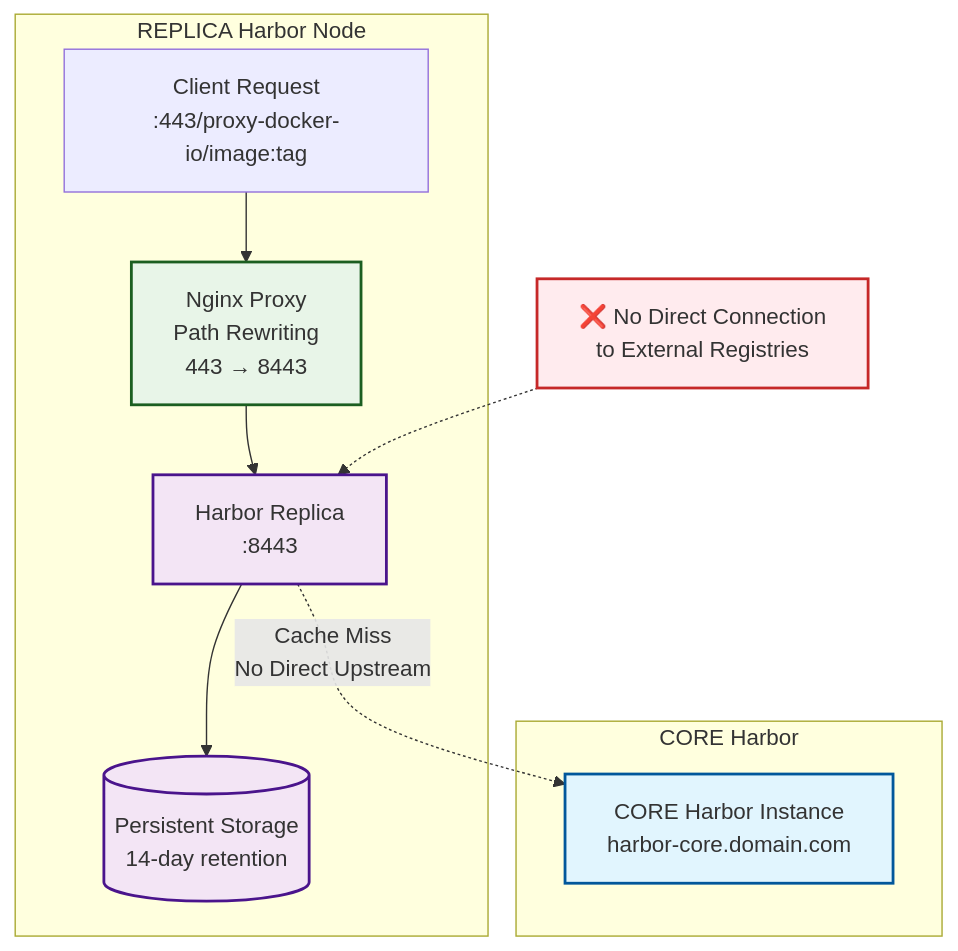
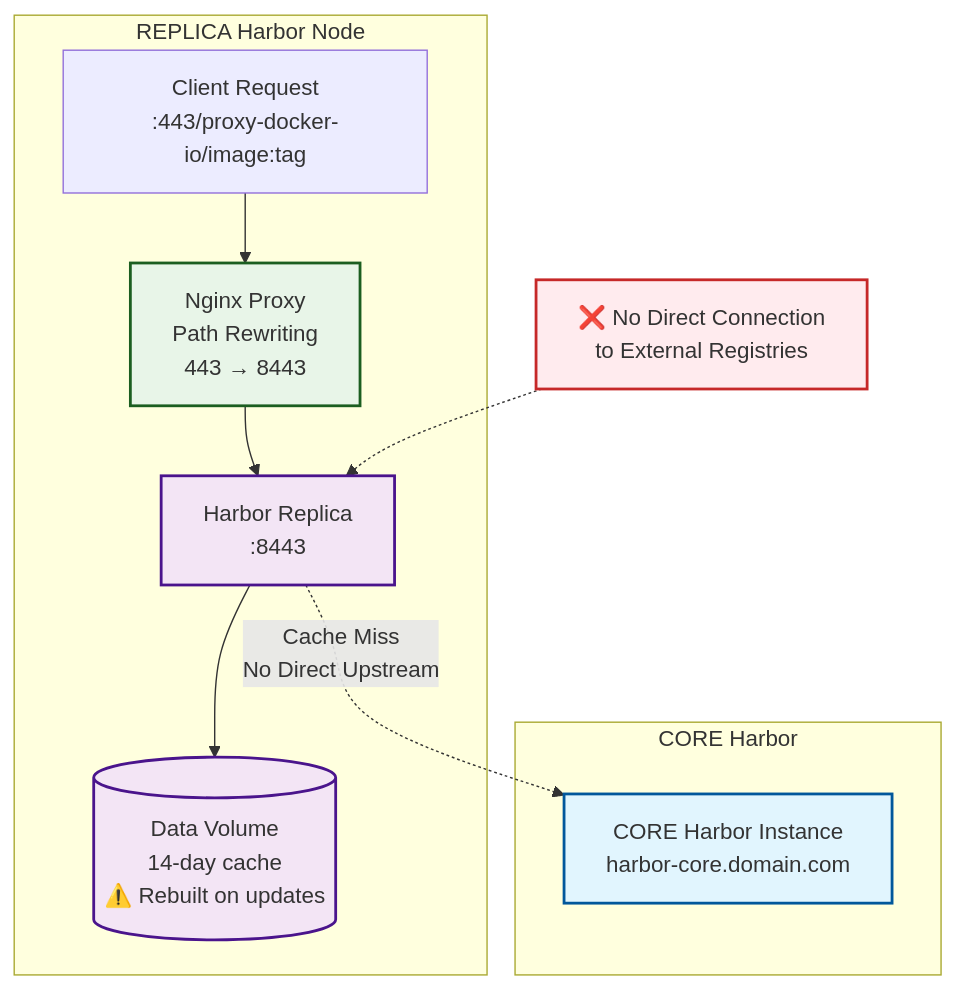
Before and after one commit to GlueOps/aio-harbor-registry-cache: the third of 3 diagrams in README.md, drawn with Mermaid. The commit also changed other lines of this file, not shown here.

````diff
--- a/README.md
+++ b/README.md
@@ -83,33 +83,33 @@
 ```mermaid
 graph TB
     subgraph "CORE Harbor"
         CoreHarbor[CORE Harbor Instance<br/>harbor-core.domain.com]
     end
     
     subgraph "REPLICA Harbor Node"
         Client[Client Request<br/>:443/proxy-docker-io/image:tag]
         Nginx[Nginx Proxy<br/>Path Rewriting<br/>443 → 8443]
         Harbor[Harbor Replica<br/>:8443]
-        Storage[(Persistent Storage<br/>14-day retention)]
+        Storage[(Data Volume<br/>14-day cache<br/>⚠️ Rebuilt on updates)]
     end
     
     Client --> Nginx
     Nginx --> Harbor
     Harbor --> Storage
     Harbor -.->|Cache Miss<br/>No Direct Upstream| CoreHarbor
     
     note1[❌ No Direct Connection<br/>to External Registries]
     note1 -.-> Harbor
     
     classDef core fill:#e1f5fe,stroke:#01579b,stroke-width:2px
     classDef proxy fill:#e8f5e8,stroke:#1b5e20,stroke-width:2px
     classDef replica fill:#f3e5f5,stroke:#4a148c,stroke-width:2px
     classDef storage fill:#f3e5f5,stroke:#4a148c,stroke-width:2px
     classDef warning fill:#ffebee,stroke:#c62828,stroke-width:2px
     
     class CoreHarbor core
     class Nginx proxy
     class Harbor replica
     class Storage storage
     class note1 warning
 ```
````
